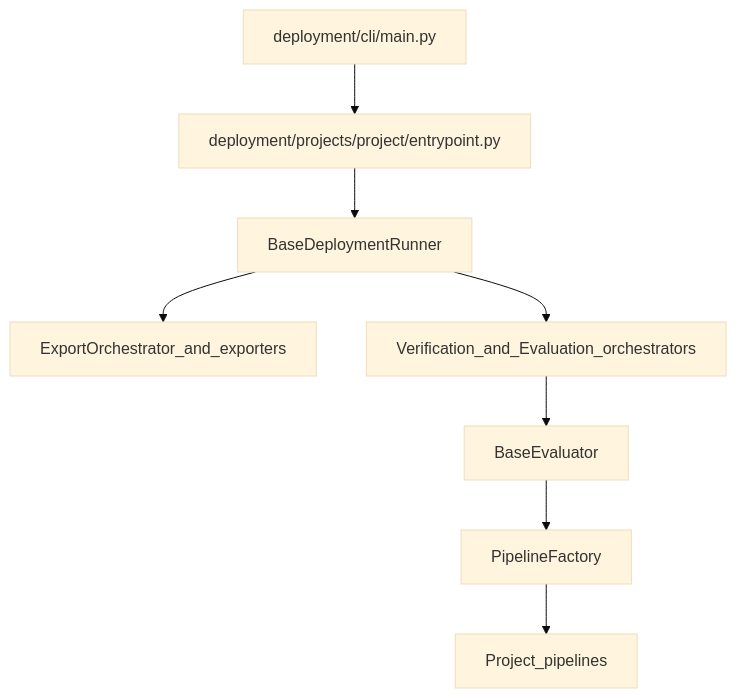
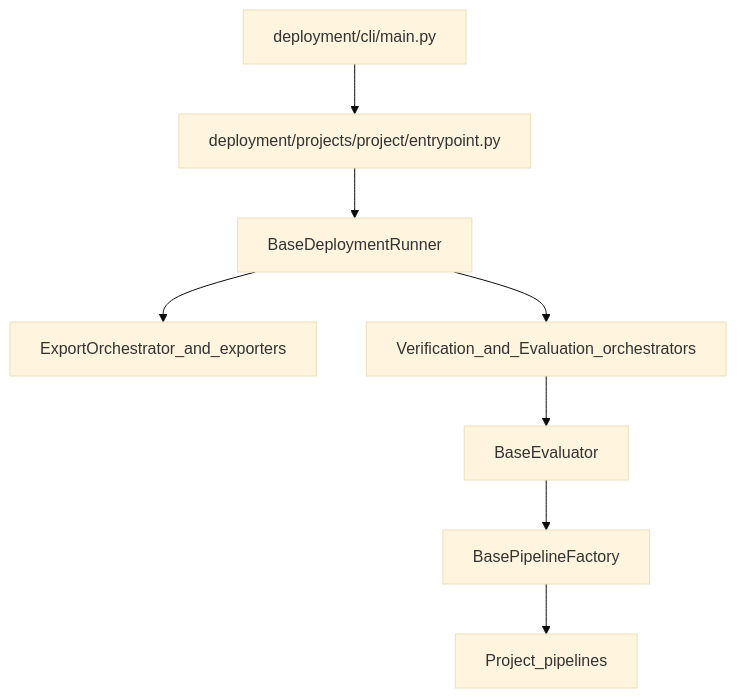
Before and after one commit to vividf/AWML: the diagram in deployment/docs/architecture.md, drawn with Mermaid (base theme). The commit also changed other lines of this file and 23 other files, not shown here.

````diff
--- a/deployment/docs/architecture.md
+++ b/deployment/docs/architecture.md
@@ -15,10 +15,10 @@
 ```mermaid
 flowchart TD
     cli["deployment/cli/main.py"] --> projectBundle["deployment/projects/project/entrypoint.py"]
     projectBundle --> runner["BaseDeploymentRunner"]
     runner --> exportStack["ExportOrchestrator_and_exporters"]
     runner --> verifyEval["Verification_and_Evaluation_orchestrators"]
     verifyEval --> evaluator["BaseEvaluator"]
-    evaluator --> pipelineFactory["PipelineFactory"]
+    evaluator --> pipelineFactory["BasePipelineFactory"]
     pipelineFactory --> projectPipelines["Project_pipelines"]
 ```
````
